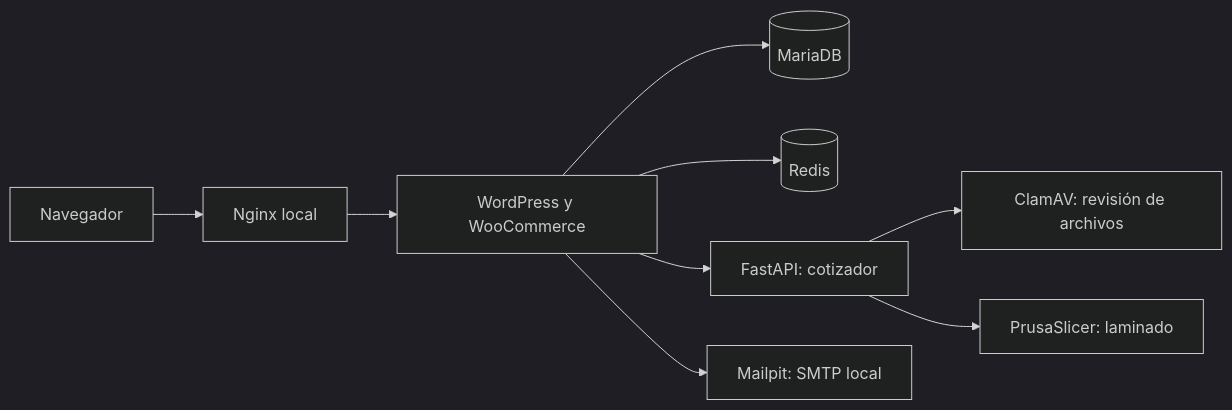
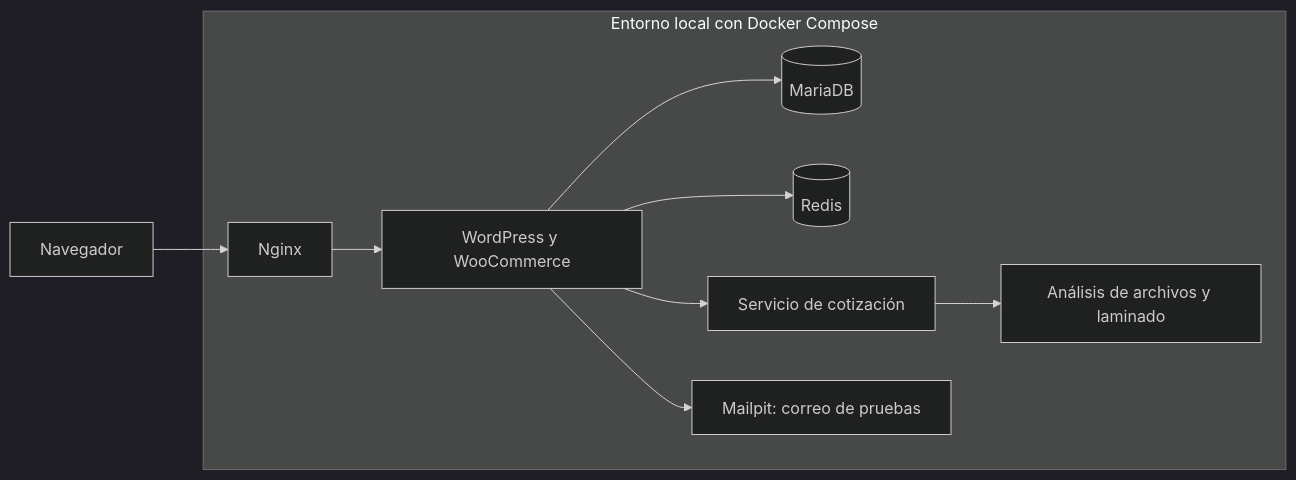
One commit to Eliasxgg/caso-ecommerce-3d changed the second of 2 diagrams in README.md. Above: the diagram before and after it, drawn with Mermaid (dark theme). The commit also changed other lines of this file and 4 other files, not shown here.

````diff
--- a/README.md
+++ b/README.md
@@ -63,11 +75,12 @@
 ```mermaid
 flowchart LR
-    N[Navegador] --> P[Nginx local]
-    P --> W[WordPress y WooCommerce]
-    W --> DB[(MariaDB)]
-    W --> R[(Redis)]
-    W --> Q[FastAPI: cotizador]
-    Q --> AV[ClamAV: revisión de archivos]
-    Q --> S[PrusaSlicer: laminado]
-    W --> M[Mailpit: SMTP local]
+    A[Navegador] --> B[Nginx]
+    subgraph Docker[Entorno local con Docker Compose]
+      B --> C[WordPress y WooCommerce]
+      C --> D[(MariaDB)]
+      C --> E[(Redis)]
+      C --> F[Servicio de cotización]
+      F --> G[Análisis de archivos y laminado]
+      C --> H[Mailpit: correo de pruebas]
+    end
 ```
````
